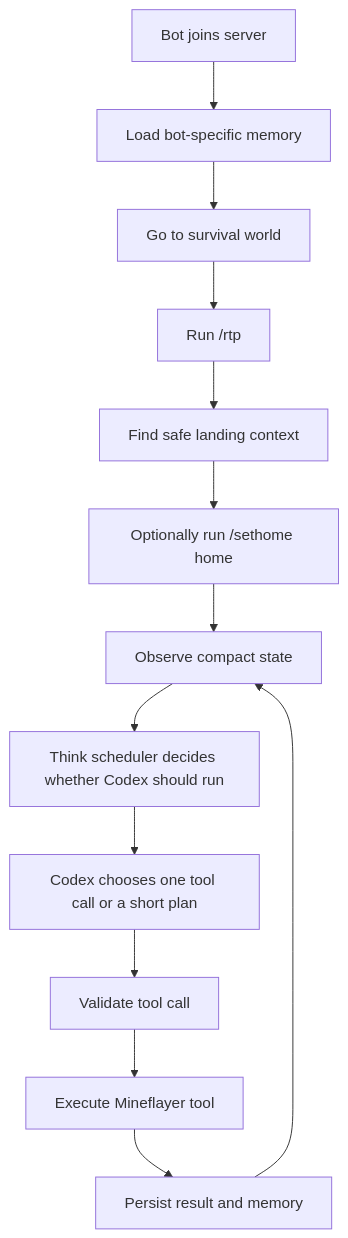
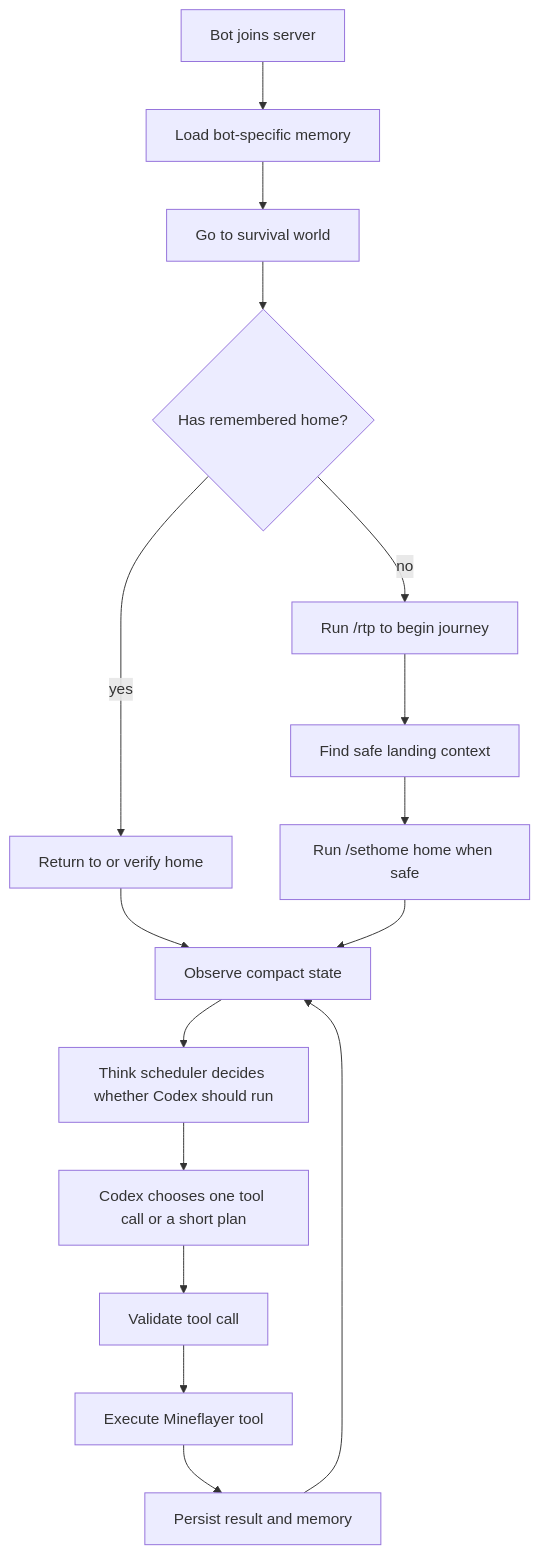
Before and after one commit to cat2246/mineflayer: the first of 2 diagrams in docs/superpowers/specs/2026-06-06-ai-npc-brain-tools-design.md, drawn with Mermaid. The commit also changed other lines of this file, not shown here.

Commit message:
docs: refine npc home memory flow

````diff
--- a/docs/superpowers/specs/2026-06-06-ai-npc-brain-tools-design.md
+++ b/docs/superpowers/specs/2026-06-06-ai-npc-brain-tools-design.md
@@ -11,15 +11,18 @@
 ```mermaid
 flowchart TD
   A["Bot joins server"] --> B["Load bot-specific memory"]
   B --> C["Go to survival world"]
-  C --> D["Run /rtp"]
-  D --> E["Find safe landing context"]
-  E --> F["Optionally run /sethome home"]
-  F --> G["Observe compact state"]
-  G --> H["Think scheduler decides whether Codex should run"]
-  H --> I["Codex chooses one tool call or a short plan"]
-  I --> J["Validate tool call"]
-  J --> K["Execute Mineflayer tool"]
-  K --> L["Persist result and memory"]
-  L --> G
+  C --> D{"Has remembered home?"}
+  D -->|"yes"| E["Return to or verify home"]
+  D -->|"no"| F["Run /rtp to begin journey"]
+  F --> G["Find safe landing context"]
+  G --> H["Run /sethome home when safe"]
+  E --> I["Observe compact state"]
+  H --> I
+  I --> J["Think scheduler decides whether Codex should run"]
+  J --> K["Codex chooses one tool call or a short plan"]
+  K --> L["Validate tool call"]
+  L --> M["Execute Mineflayer tool"]
+  M --> N["Persist result and memory"]
+  N --> I
 ```
````
